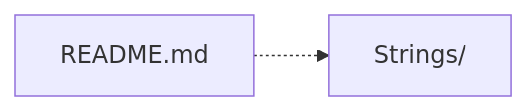
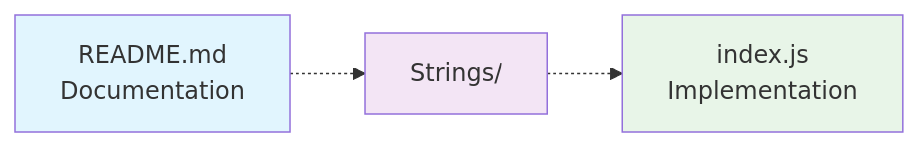
One commit to pawarrishi/dsa_prep changed the fourth of 4 diagrams in .qoder/repowiki/en/content/Project Overview.md. Above: the diagram before and after it, drawn with Mermaid. The commit also changed other lines of this file and 4 other files, not shown here.

````diff
--- a/.qoder/repowiki/en/content/Project Overview.md
+++ b/.qoder/repowiki/en/content/Project Overview.md
@@ -120,4 +174,8 @@
 ```mermaid
 graph LR
-Readme["README.md"] -.-> StringsDir["Strings/"]
+Readme["README.md<br/>Documentation"] -.-> StringsDir["Strings/"]
+StringsDir -.-> IndexJS["index.js<br/>Implementation"]
+style Readme fill:#e1f5fe
+style StringsDir fill:#f3e5f5
+style IndexJS fill:#e8f5e8
 ```
````
